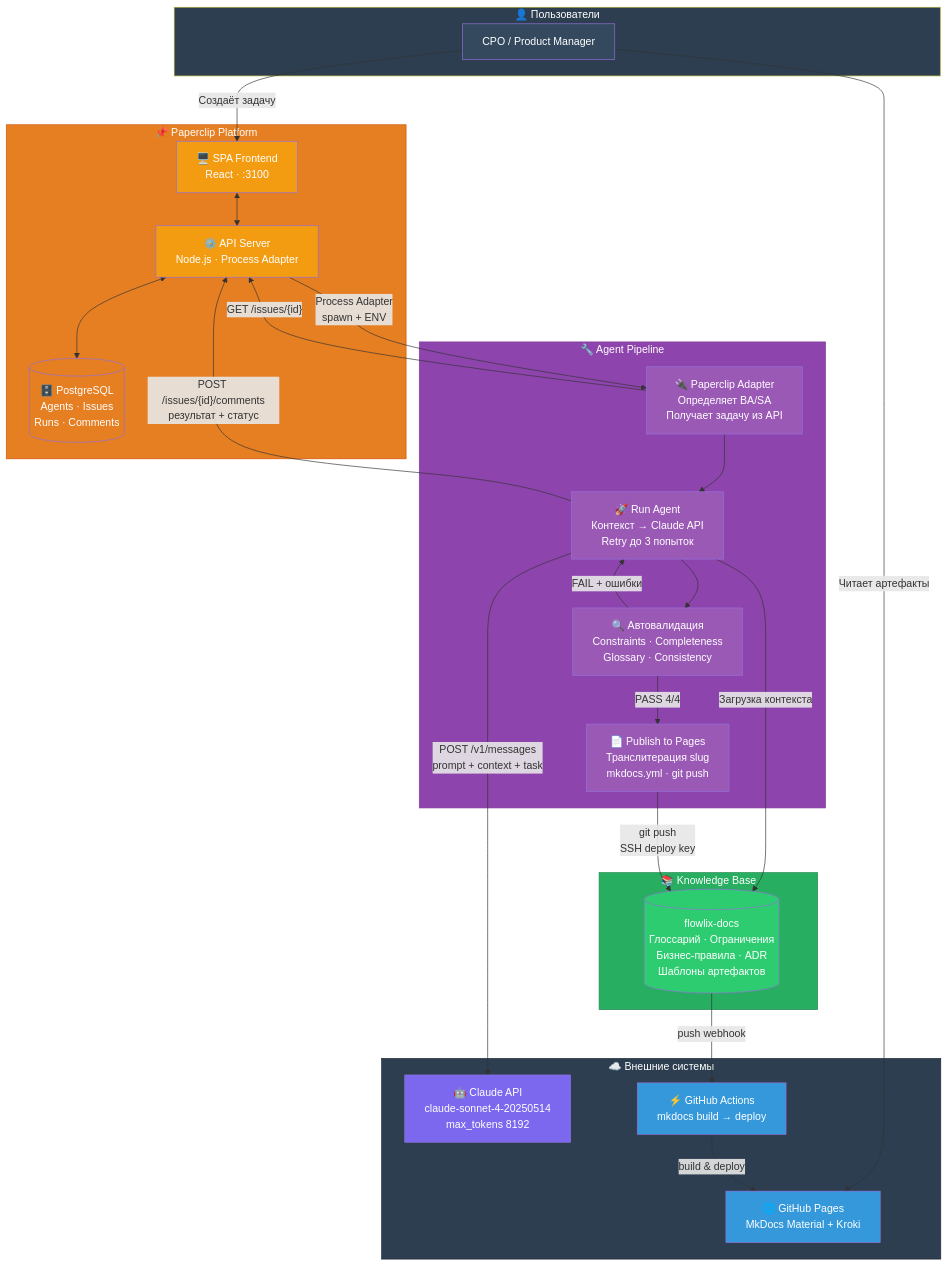
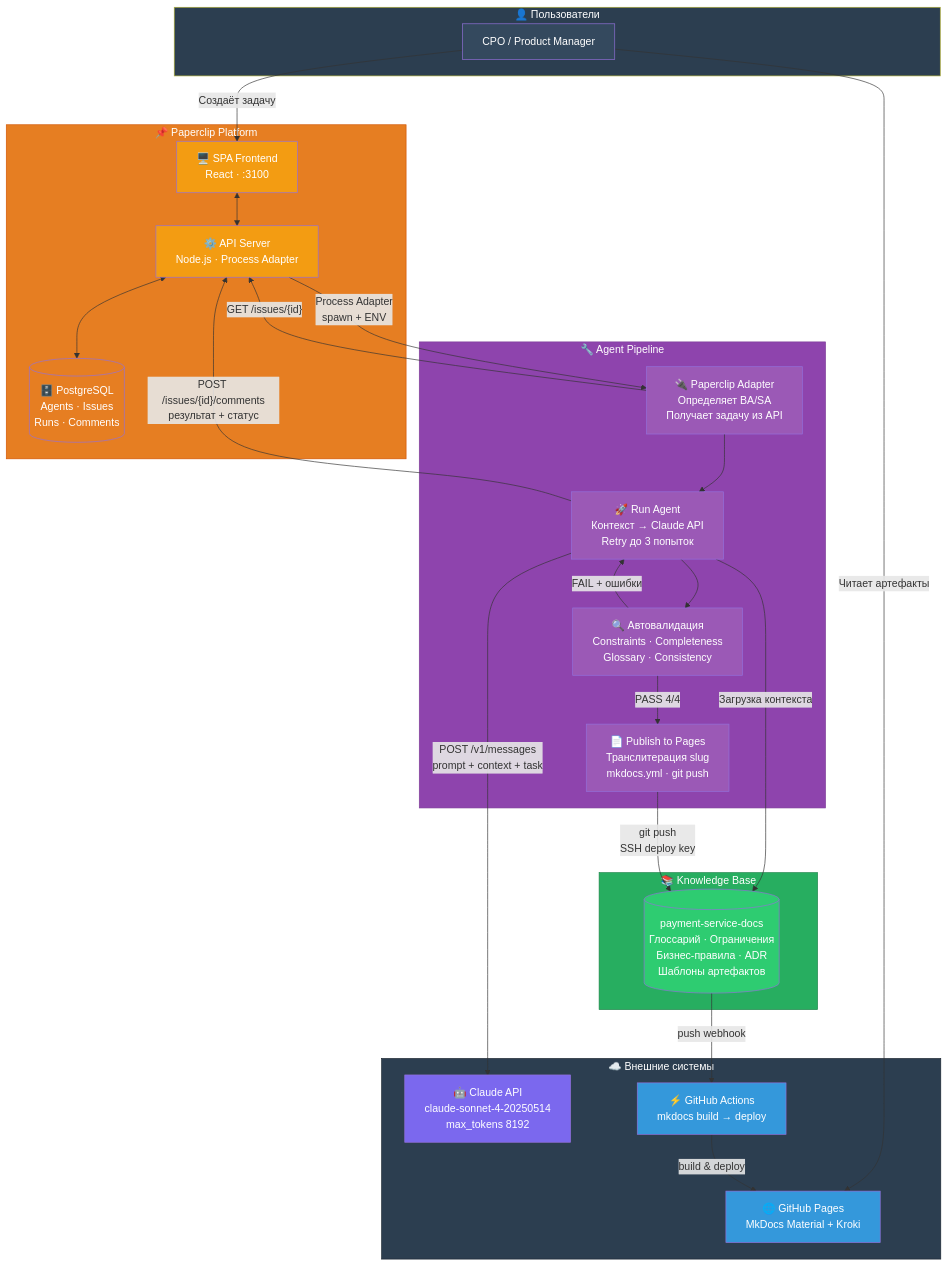
One commit to anurgaz/ba-sa-paperclip-agents changed the first of 2 diagrams in README.md. Above: the diagram before and after it, drawn with Mermaid. The commit also changed other lines of this file and 23 other files, not shown here.

Commit message:
Replace all Flowlix references with Payment Service

````diff
--- a/README.md
+++ b/README.md
@@ -10,65 +10,65 @@
 ```mermaid
 flowchart TD
     subgraph USERS["👤 Пользователи"]
         CPO["CPO / Product Manager"]
     end
 
     subgraph PAPERCLIP["📌 Paperclip Platform"]
         SPA["🖥️ SPA Frontend<br>React · :3100"]
         API["⚙️ API Server<br>Node.js · Process Adapter"]
         DB[("🗄️ PostgreSQL<br>Agents · Issues<br>Runs · Comments")]
         SPA <--> API
         API <--> DB
     end
 
     subgraph PIPELINE["🔧 Agent Pipeline"]
         ADAPTER["🔌 Paperclip Adapter<br>Определяет BA/SA<br>Получает задачу из API"]
         RUNNER["🚀 Run Agent<br>Контекст → Claude API<br>Retry до 3 попыток"]
         VALIDATOR["🔍 Автовалидация<br>Constraints · Completeness<br>Glossary · Consistency"]
         PUBLISHER["📄 Publish to Pages<br>Транслитерация slug<br>mkdocs.yml · git push"]
         ADAPTER --> RUNNER
         RUNNER --> VALIDATOR
         VALIDATOR -- "PASS 4/4" --> PUBLISHER
         VALIDATOR -- "FAIL + ошибки" --> RUNNER
     end
 
     subgraph KB["📚 Knowledge Base"]
-        REPO[("flowlix-docs<br>Глоссарий · Ограничения<br>Бизнес-правила · ADR<br>Шаблоны артефактов")]
+        REPO[("payment-service-docs<br>Глоссарий · Ограничения<br>Бизнес-правила · ADR<br>Шаблоны артефактов")]
     end
 
     subgraph EXTERNAL["☁️ Внешние системы"]
         CLAUDE["🤖 Claude API<br>claude-sonnet-4-20250514<br>max_tokens 8192"]
         GH_ACTIONS["⚡ GitHub Actions<br>mkdocs build → deploy"]
         GH_PAGES["🌐 GitHub Pages<br>MkDocs Material + Kroki"]
     end
 
     CPO -- "Создаёт задачу" --> SPA
     CPO -- "Читает артефакты" --> GH_PAGES
 
     API -- "Process Adapter<br>spawn + ENV" --> ADAPTER
     ADAPTER -- "GET /issues/{id}" --> API
     RUNNER -- "POST /issues/{id}/comments<br>результат + статус" --> API
     RUNNER -- "Загрузка контекста" --> REPO
     RUNNER -- "POST /v1/messages<br>prompt + context + task" --> CLAUDE
     PUBLISHER -- "git push<br>SSH deploy key" --> REPO
     REPO -- "push webhook" --> GH_ACTIONS
     GH_ACTIONS -- "build & deploy" --> GH_PAGES
 
     style USERS fill:#2c3e50,color:#fff
     style CPO fill:#34495e,color:#fff
     style PAPERCLIP fill:#e67e22,color:#fff,stroke:#d35400
     style SPA fill:#f39c12,color:#fff
     style API fill:#f39c12,color:#fff
     style DB fill:#e67e22,color:#fff
     style PIPELINE fill:#8e44ad,color:#fff,stroke:#7d3c98
     style ADAPTER fill:#9b59b6,color:#fff
     style RUNNER fill:#9b59b6,color:#fff
     style VALIDATOR fill:#9b59b6,color:#fff
     style PUBLISHER fill:#9b59b6,color:#fff
     style KB fill:#27ae60,color:#fff,stroke:#1e8449
     style REPO fill:#2ecc71,color:#fff
     style EXTERNAL fill:#2c3e50,color:#fff,stroke:#1a252f
     style CLAUDE fill:#7b68ee,color:#fff
     style GH_ACTIONS fill:#3498db,color:#fff
     style GH_PAGES fill:#3498db,color:#fff
 ```
````
